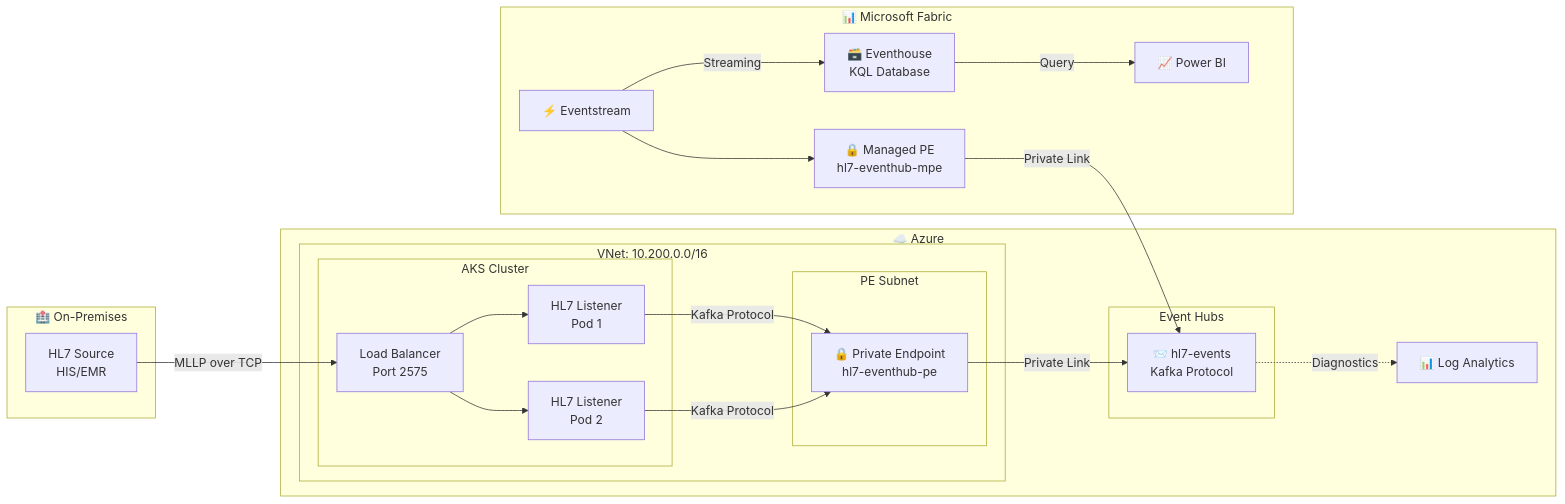
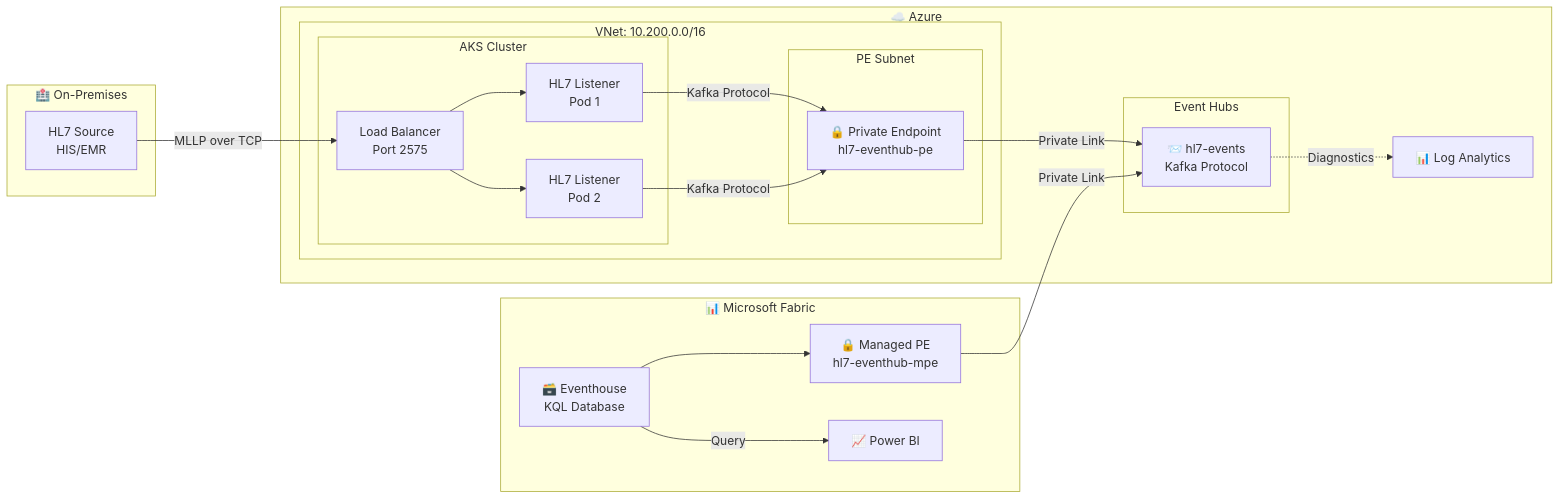
The diagram in README.md (mhuot/hl7-eh-fab), drawn with Mermaid before and after one commit. The commit also changed other lines of this file and 2 other files, not shown here.

First line of the commit message:
docs: replace Eventstream references with Eventhouse

````diff
--- a/README.md
+++ b/README.md
@@ -35,44 +35,42 @@
 ```mermaid
 flowchart LR
    subgraph Client["🏥 On-Premises"]
       HL7["HL7 Source<br/>HIS/EMR"]
    end
 
    subgraph Azure["☁️ Azure"]
       subgraph VNet["VNet: 10.200.0.0/16"]
          subgraph AKS["AKS Cluster"]
                LB["Load Balancer<br/>Port 2575"]
                Pod1["HL7 Listener<br/>Pod 1"]
                Pod2["HL7 Listener<br/>Pod 2"]
          end
          subgraph PESubnet["PE Subnet"]
                PE["🔒 Private Endpoint<br/>hl7-eventhub-pe"]
          end
       end
       
       subgraph EventHubs["Event Hubs"]
          EH["📨 hl7-events<br/>Kafka Protocol"]
       end
       
       LA["📊 Log Analytics"]
    end
 
    subgraph Fabric["📊 Microsoft Fabric"]
       MPE["🔒 Managed PE<br/>hl7-eventhub-mpe"]
-      ES["⚡ Eventstream"]
       KQL["🗃️ Eventhouse<br/>KQL Database"]
       PBI["📈 Power BI"]
    end
 
    HL7 -->|"MLLP over TCP"| LB
    LB --> Pod1
    LB --> Pod2
    Pod1 -->|"Kafka Protocol"| PE
    Pod2 -->|"Kafka Protocol"| PE
    PE -->|"Private Link"| EH
    EH -.->|"Diagnostics"| LA
    MPE -->|"Private Link"| EH
-   ES --> MPE
-   ES -->|"Streaming"| KQL
+   KQL --> MPE
    KQL -->|"Query"| PBI
 ```
````
